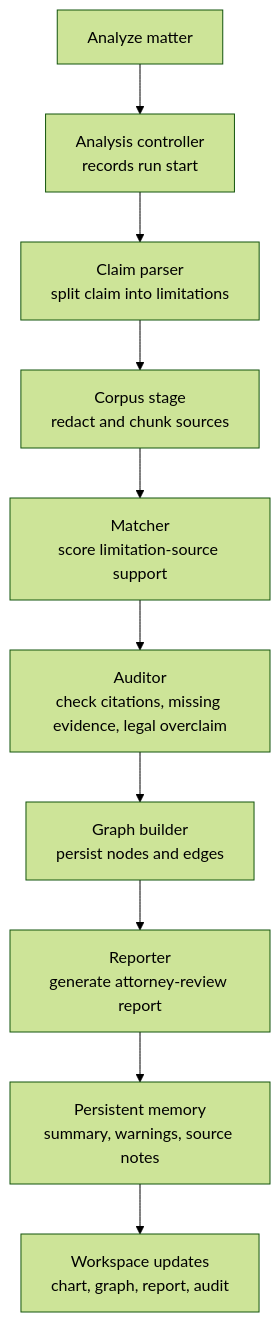
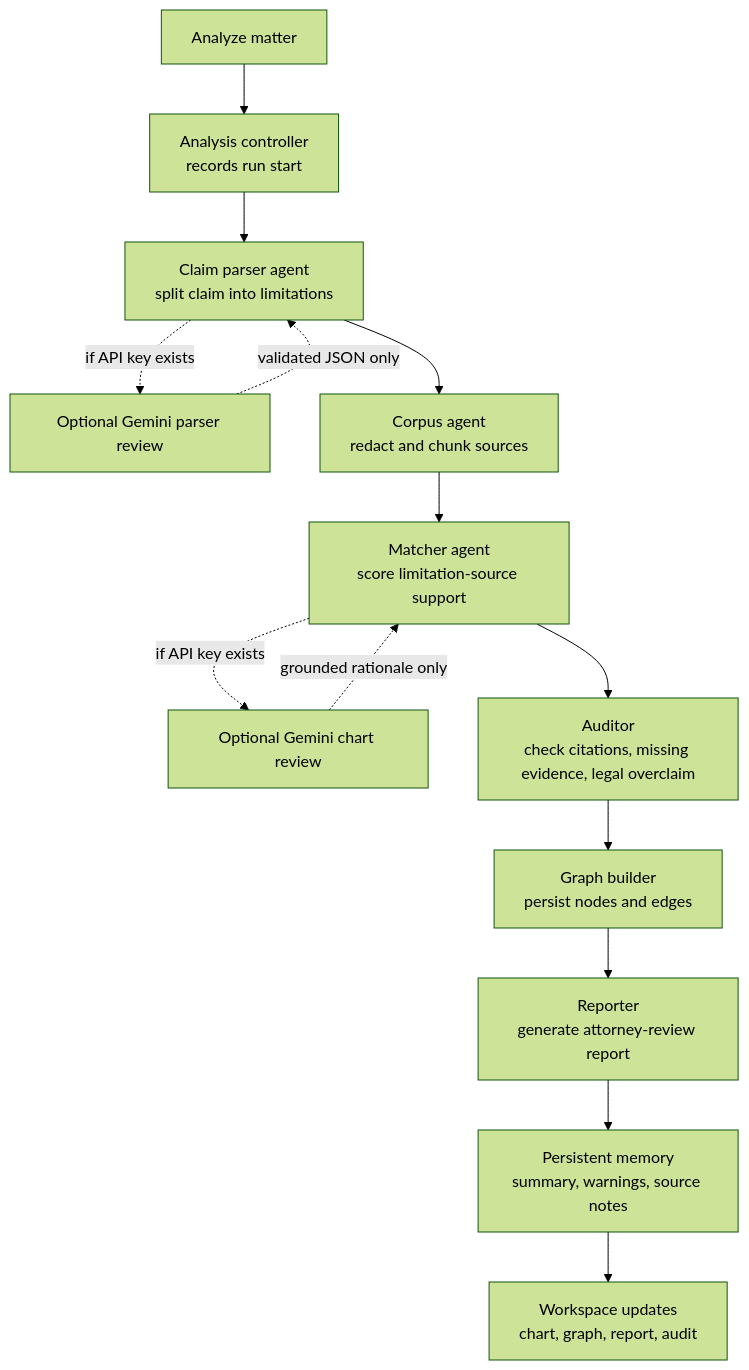
One commit to mrumer-yk/stilta_demo changed the second of 4 diagrams in README.md. Above: the diagram before and after it, drawn with Mermaid (forest theme). The commit also changed other lines of this file, not shown here.

Commit message:
Update README diagrams for agentic workflow

````diff
--- a/README.md
+++ b/README.md
@@ -117,12 +117,16 @@
 ```mermaid
 flowchart TD
     Start["Analyze matter"] --> Intake["Analysis controller<br/>records run start"]
-    Intake --> ClaimParser["Claim parser<br/>split claim into limitations"]
-    ClaimParser --> Corpus["Corpus stage<br/>redact and chunk sources"]
-    Corpus --> Matcher["Matcher<br/>score limitation-source support"]
+    Intake --> ClaimParser["Claim parser agent<br/>split claim into limitations"]
+    ClaimParser -. "if API key exists" .-> GeminiParser["Optional Gemini parser review"]
+    GeminiParser -. "validated JSON only" .-> ClaimParser
+    ClaimParser --> Corpus["Corpus agent<br/>redact and chunk sources"]
+    Corpus --> Matcher["Matcher agent<br/>score limitation-source support"]
+    Matcher -. "if API key exists" .-> GeminiChart["Optional Gemini chart review"]
+    GeminiChart -. "grounded rationale only" .-> Matcher
     Matcher --> Auditor["Auditor<br/>check citations, missing evidence, legal overclaim"]
     Auditor --> GraphBuilder["Graph builder<br/>persist nodes and edges"]
     GraphBuilder --> Reporter["Reporter<br/>generate attorney-review report"]
     Reporter --> Memory["Persistent memory<br/>summary, warnings, source notes"]
     Memory --> Done["Workspace updates<br/>chart, graph, report, audit"]
 ```
````
